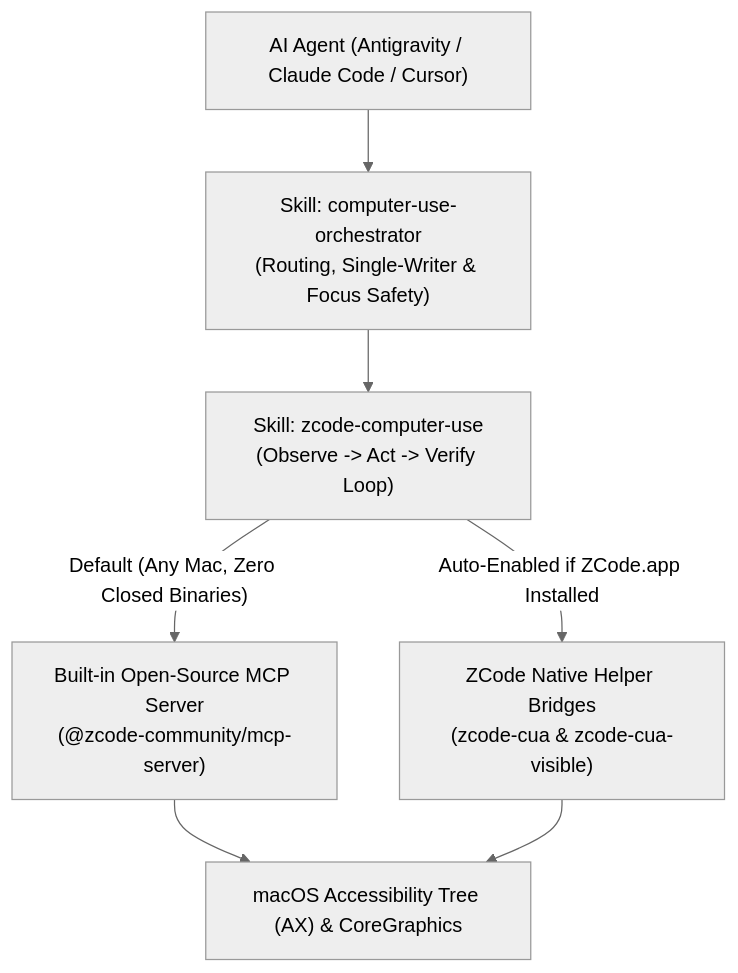
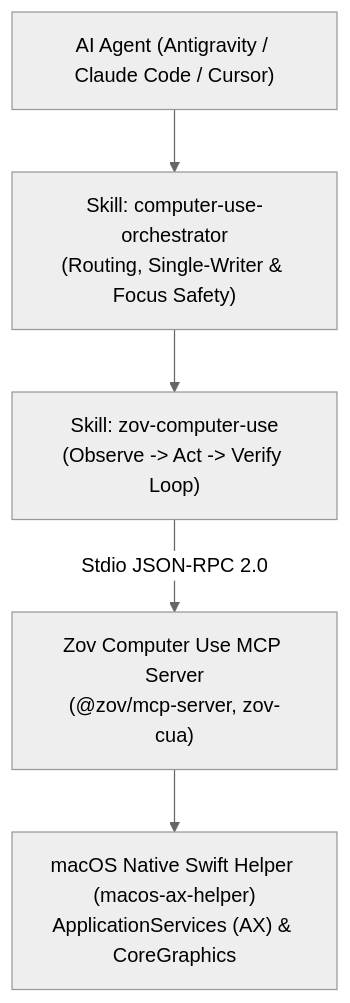
One commit to timexingxin/zov-computer-use changed the diagram in README.md. Above: the diagram before and after it, drawn with Mermaid (neutral theme). The commit also changed other lines of this file and 40 other files, not shown here.

First line of the commit message:
feat!: rebrand to Zov Computer Use (zov-cua v1.0.0) & remove legacy bridges

````diff
--- a/README.md
+++ b/README.md
@@ -79,13 +74,10 @@
 ```mermaid
 flowchart TD
     Agent["AI Agent (Antigravity / Claude Code / Cursor)"]
     Orch["Skill: computer-use-orchestrator<br/>(Routing, Single-Writer & Focus Safety)"]
-    Exec["Skill: zcode-computer-use<br/>(Observe -> Act -> Verify Loop)"]
+    Exec["Skill: zov-computer-use<br/>(Observe -> Act -> Verify Loop)"]
     Agent --> Orch --> Exec
 
-    Exec -->|"Default (Any Mac, Zero Closed Binaries)"| OpenMCP["Built-in Open-Source MCP Server<br/>(@zcode-community/mcp-server)"]
-    Exec -->|"Auto-Enabled if ZCode.app Installed"| Bridge["ZCode Native Helper Bridges<br/>(zcode-cua & zcode-cua-visible)"]
-
-    OpenMCP --> AX["macOS Accessibility Tree (AX) & CoreGraphics"]
-    Bridge --> AX
+    Exec -->|"Stdio JSON-RPC 2.0"| ZovMCP["Zov Computer Use MCP Server<br/>(@zov/mcp-server, zov-cua)"]
+    ZovMCP --> AX["macOS Native Swift Helper (macos-ax-helper)<br/>ApplicationServices (AX) & CoreGraphics"]
 ```
````
